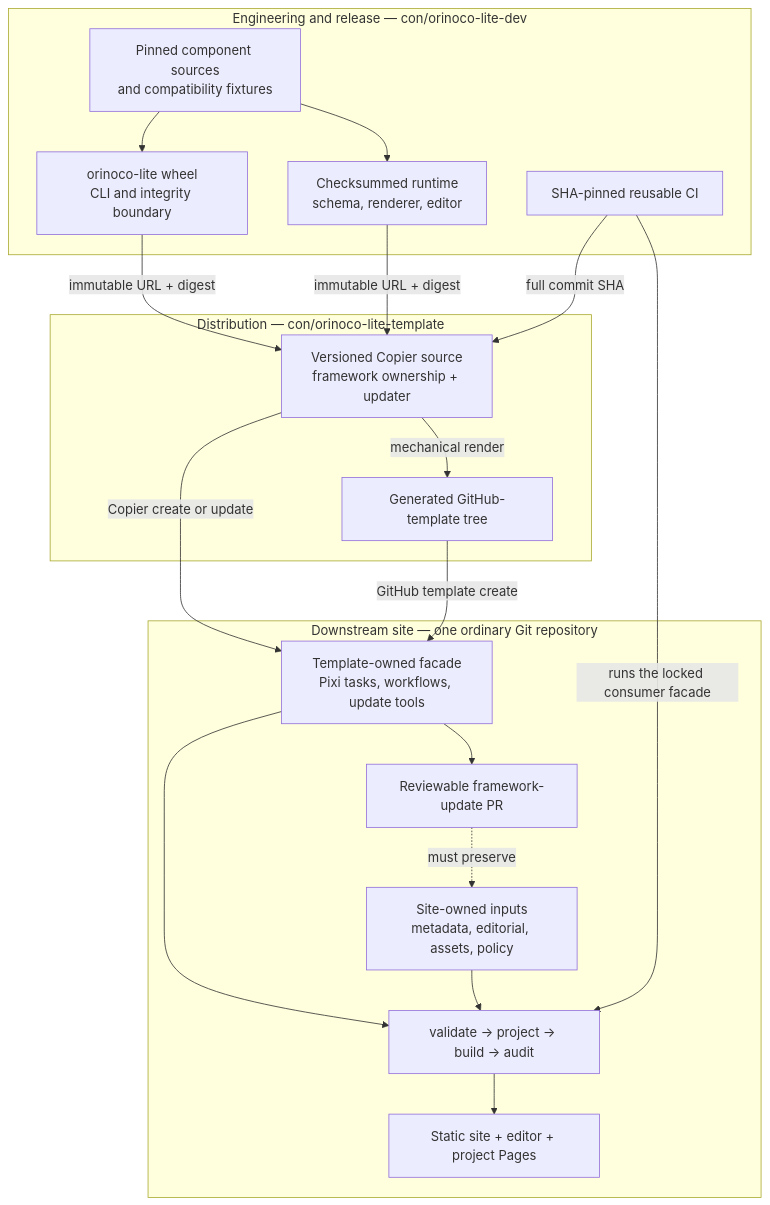
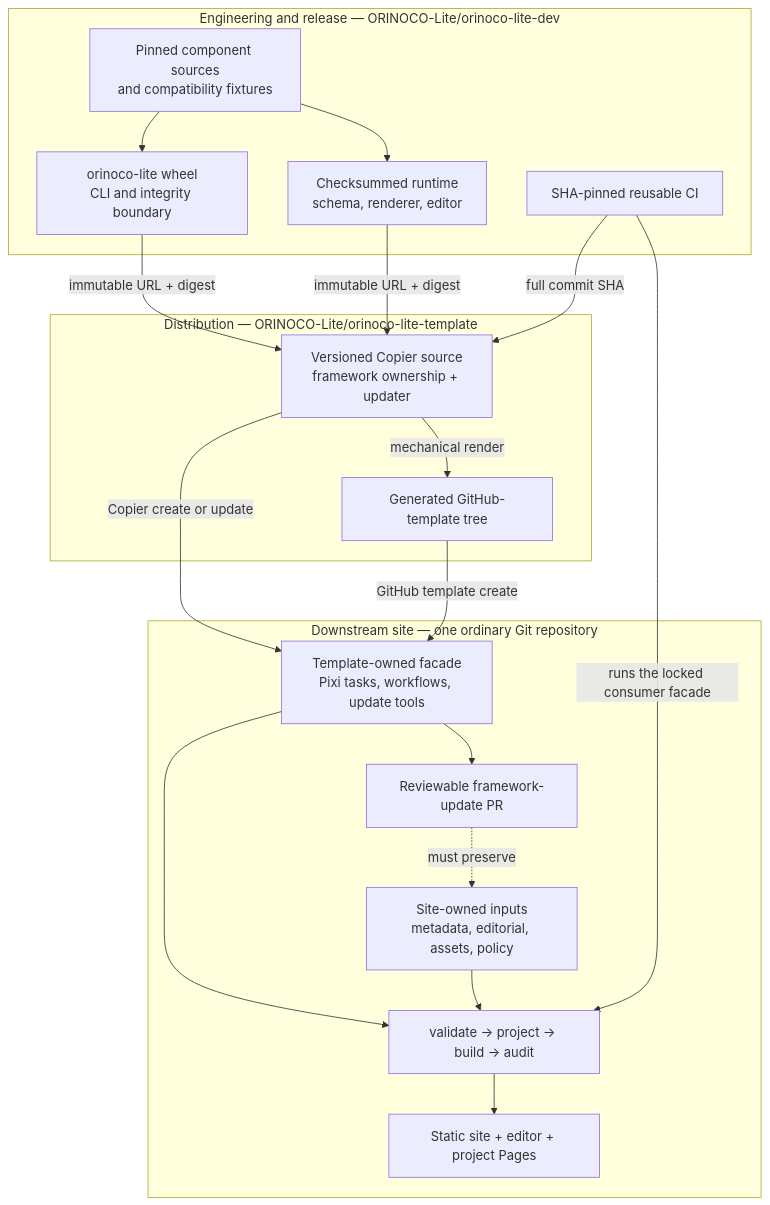
The diagram in README.md (ORINOCO-Lite/orinoco-lite-dev), drawn with Mermaid before and after one commit. The commit also changed other lines of this file and 8 other files, not shown here.

````diff
--- a/README.md
+++ b/README.md
@@ -11,37 +11,37 @@
 ```mermaid
 flowchart TB
-    subgraph engineering["Engineering and release — con/orinoco-lite-dev"]
+    subgraph engineering["Engineering and release — ORINOCO-Lite/orinoco-lite-dev"]
         components["Pinned component sources<br/>and compatibility fixtures"]
         engine["orinoco-lite wheel<br/>CLI and integrity boundary"]
         runtime["Checksummed runtime<br/>schema, renderer, editor"]
         workflow["SHA-pinned reusable CI"]
         components --> engine
         components --> runtime
     end
 
-    subgraph distribution["Distribution — con/orinoco-lite-template"]
+    subgraph distribution["Distribution — ORINOCO-Lite/orinoco-lite-template"]
         copier["Versioned Copier source<br/>framework ownership + updater"]
         snapshot["Generated GitHub-template tree"]
         copier -->|mechanical render| snapshot
     end
 
     subgraph downstream["Downstream site — one ordinary Git repository"]
         facade["Template-owned facade<br/>Pixi tasks, workflows, update tools"]
         content["Site-owned inputs<br/>metadata, editorial, assets, policy"]
         pipeline["validate → project → build → audit"]
         output["Static site + editor + project Pages"]
         update["Reviewable framework-update PR"]
         facade --> pipeline
         content --> pipeline
         pipeline --> output
         facade --> update
         update -.->|must preserve| content
     end
 
     engine -->|immutable URL + digest| copier
     runtime -->|immutable URL + digest| copier
     workflow -->|full commit SHA| copier
     workflow -->|runs the locked consumer facade| pipeline
     copier -->|Copier create or update| facade
     snapshot -->|GitHub template create| facade
 ```
````
